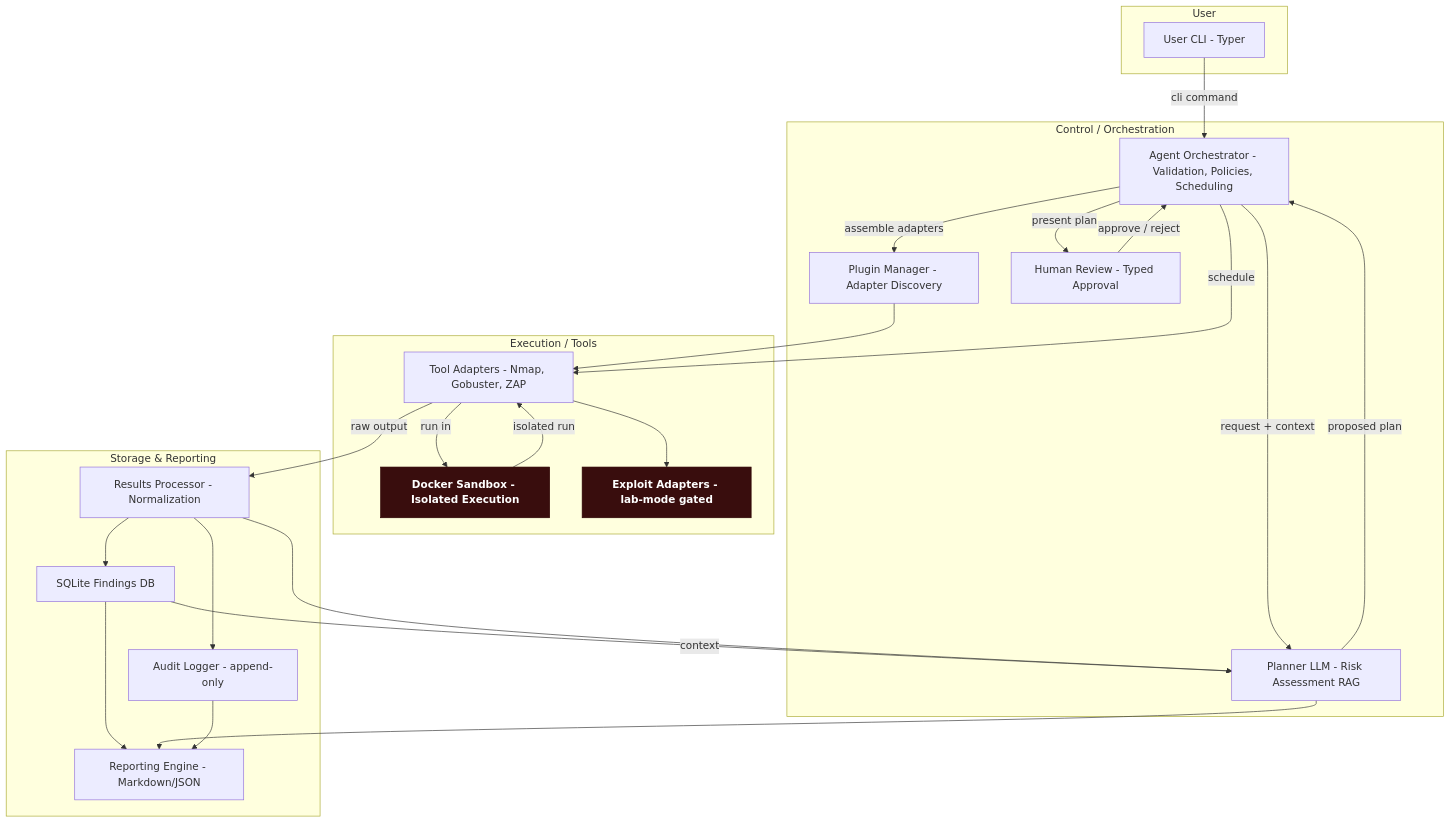
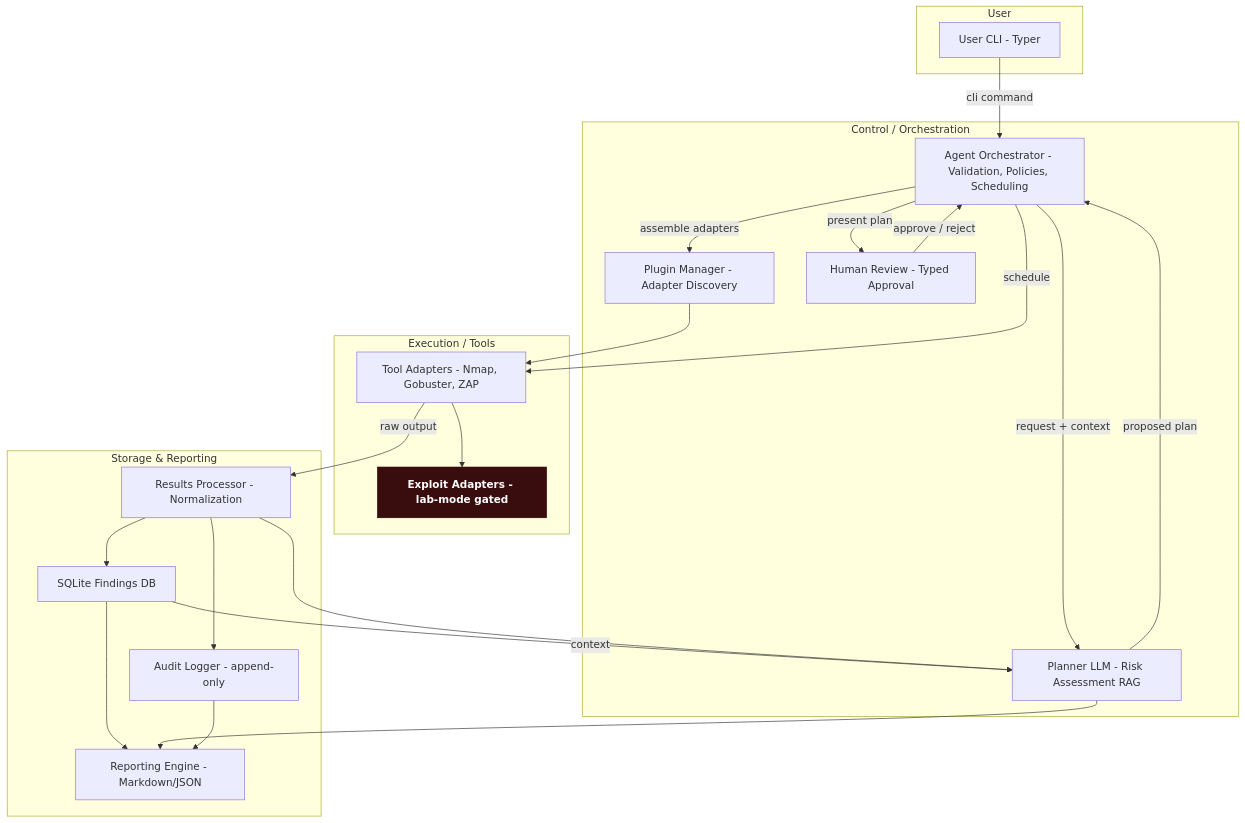
The diagram in README.md (DimKouts84/black_glove_agent), drawn with Mermaid before and after one commit. The commit also changed other lines of this file and 67 other files, not shown here.

````diff
--- a/README.md
+++ b/README.md
@@ -31,50 +32,47 @@
 ```mermaid
 flowchart TD
    subgraph UserLayer["User"]
       U[User CLI - Typer]
    end
 
    subgraph ControlLayer["Control / Orchestration"]
       O[Agent Orchestrator - Validation, Policies, Scheduling]
       PM[Plugin Manager - Adapter Discovery]
    P[Planner LLM - Risk Assessment RAG]
       HUI[Human Review - Typed Approval]
    end
 
    subgraph ExecutionLayer["Execution / Tools"]
       TA[Tool Adapters - Nmap, Gobuster, ZAP]
-      CS[Docker Sandbox - Isolated Execution]
       EX[Exploit Adapters - lab-mode gated]
    end
 
    subgraph DataLayer["Storage & Reporting"]
       RP[Results Processor - Normalization]
       DB[SQLite Findings DB]
       RL[Audit Logger - append-only]
       RE[Reporting Engine - Markdown/JSON]
    end
 
    U -->|cli command| O
    O -->|request + context| P
    P -->|proposed plan| O
    O -->|present plan| HUI
    HUI -->|approve / reject| O
    O -->|assemble adapters| PM
    PM --> TA
    O -->|schedule| TA
-   TA -->|run in| CS
    TA --> EX
-   CS -->|isolated run| TA
    TA -->|raw output| RP
    RP --> DB
    RP --> RL
    DB -->|context| P
    DB --> RE
    RP --> P
    P --> RE
    RL --> RE
 
    classDef danger fill:#390D0D,stroke:#2b0000,color:#fff,font-weight:bold;
    class CS,EX danger
 
 ```
````
